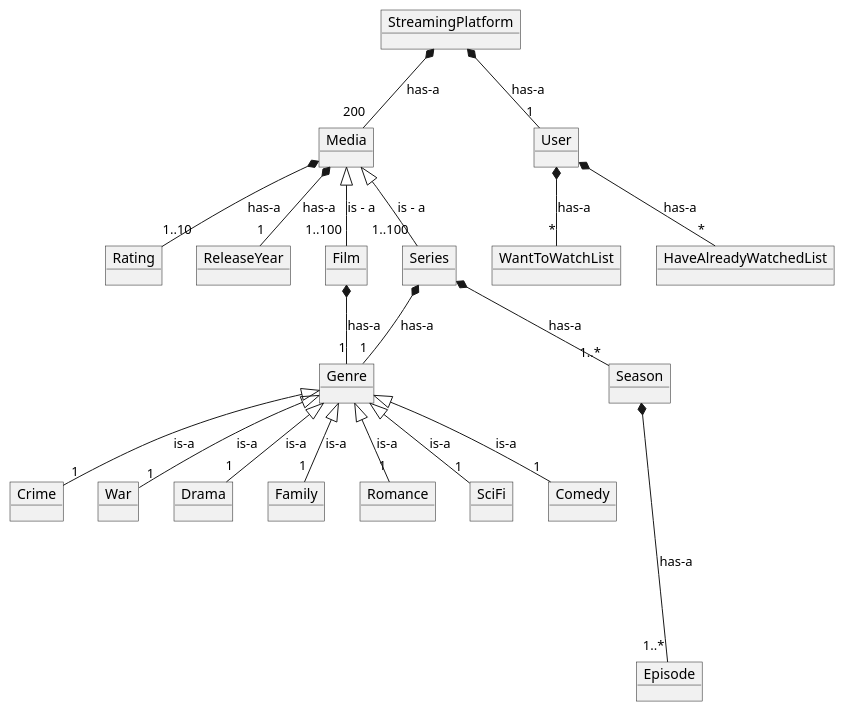
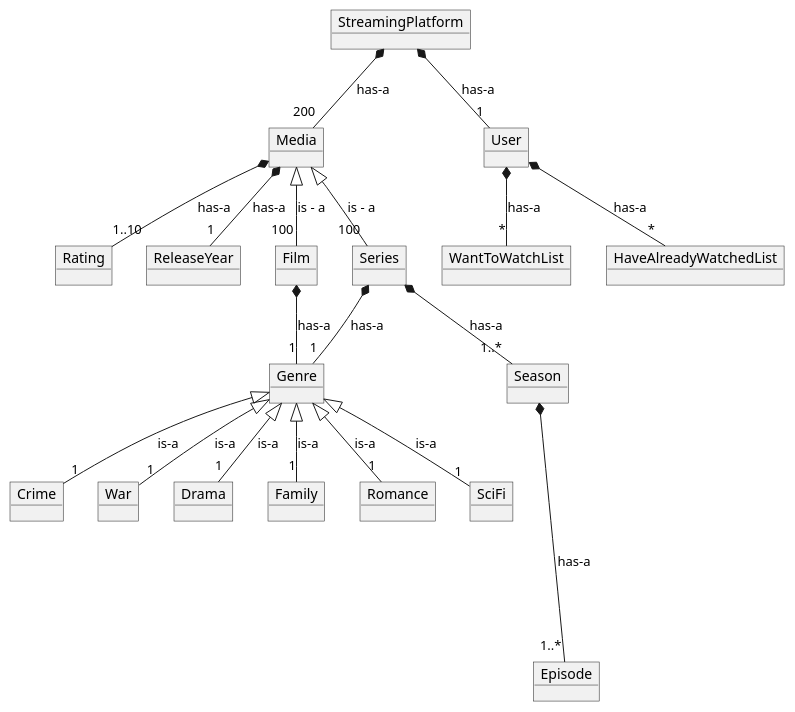
One commit to JonasChristoffersen/SP3 changed the diagram in doc/static/domainModelV1.puml. Above: the diagram before and after it, drawn with PlantUML. The commit also changed 7 other files, not shown here.

Commit message:
Updated Multiple diagrams

```diff
--- a/doc/static/domainModelV1.puml
+++ b/doc/static/domainModelV1.puml
@@ -1,122 +1,120 @@
 @startuml
 'Makes image a bit smaller:
 /'!pragma layout smetana'/
 
 'All entities
 object StreamingPlatform
 
 
 object Media
 
 object Rating
 object ReleaseYear
 
 object Film
 
 object Series
 object Season
 object Episode
 
 object Genre
 object Crime
 object War
 object Drama
 object Family
 object Romance
 object SciFi
-object Comedy
 
 object User
 object WantToWatchList
 object HaveAlreadyWatchedList
 
 StreamingPlatform *-- "200" Media : has-a
 StreamingPlatform *-- "1" User : has-a
 
 User *-- "*" WantToWatchList : has-a
 User *-- "*" HaveAlreadyWatchedList : has-a
 
-Media <|-- "1..100" Film : is - a
+Media <|-- "100" Film : is - a
 Media *-- "1..10" Rating : has-a
 Media *-- "1" ReleaseYear : has-a
 
-Media <|-- "1..100" Series : is - a
+Media <|-- "100" Series : is - a
 Series *-- "1..*" Season : has-a
 Season *---- "1..*" Episode : has-a
 
 Film *-- "1" Genre : has-a
 Series *-- "1" Genre : has-a
 
 Genre <|-- "1" Crime : is-a
 Genre <|-- "1" War : is-a
 Genre <|-- "1" Drama : is-a
 Genre <|-- "1" Family : is-a
 Genre <|-- "1" Romance : is-a
 Genre <|-- "1" SciFi : is-a
-Genre <|-- "1" Comedy : is-a
 
 
 
 
 
 
 
 
 
 
 
 
 
 /'DomainModel from monopoly project:
 object Game
 object Player
 object Dice
 object CardDeck
 object Card
 object Board
 object Field
 object Property
 object Prison
 object Visit
 object Tax
 object Parking
 object Start
 object Chance
 object ShippingLine
 object Brewery
 object Building
 object Deed
 object Bank
 object Business
 object Plot
 
 Game *-- Board
 Game *-- "2..6" Player
 
 Game *-- Dice
 Board *-- "40" Field : has-a
 
 Plot *-- Building: has-a
 Property "1" *-- "1" Deed: has-a
 Player *-- "0..29" Deed
 Business <|-- "4" ShippingLine
 Business <|--  "2" Brewery : is - a
 
 Field <|--  "29" Property : is - a
 Field <|-- Start : is - a
 Field <|-- Chance
 Field <|-- Parking
 Field <|-- Tax
 Field <|-- Prison
 Field <|-- Visit
 
 
 CardDeck --* Chance
 Property <|-- Business
 Property <|-- "23" Plot: is - a
 
 Player *-- "0..10" Card
 CardDeck "1" *-- "100"  Card
 Game *-- Bank'/
 
 @enduml
```
